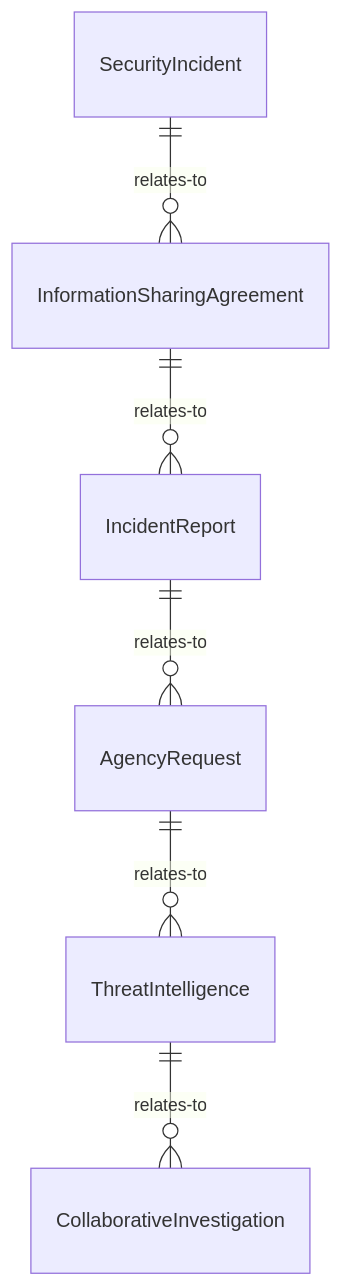
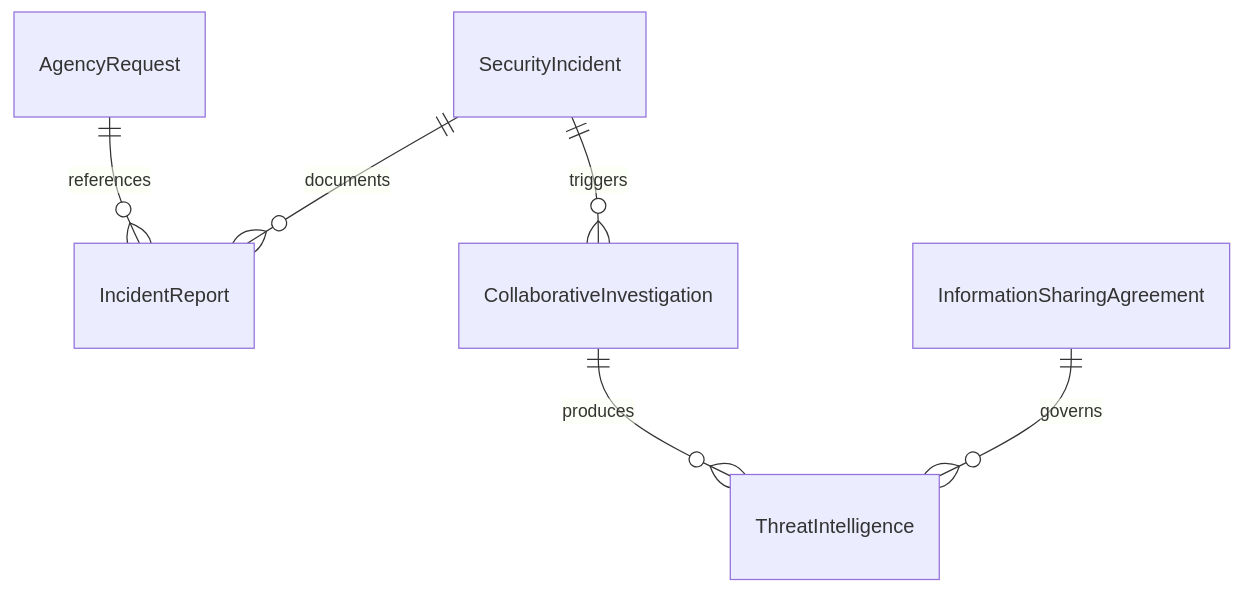
Before and after one commit to dot-org-ai/tasks.org.ai: the first of 4 diagrams in CommunicatingWithSupervisorsPeersOrSubordinates/CoordinateActivitiesWithClientsAgenciesOrOrganizations/CollaborateLawEnforcementSecurityAgencies.mdx, drawn with Mermaid. The commit also changed other lines of this file and 515 other files, not shown here.

````diff
--- a/CommunicatingWithSupervisorsPeersOrSubordinates/CoordinateActivitiesWithClientsAgenciesOrOrganizations/CollaborateLawEnforcementSecurityAgencies.mdx
+++ b/CommunicatingWithSupervisorsPeersOrSubordinates/CoordinateActivitiesWithClientsAgenciesOrOrganizations/CollaborateLawEnforcementSecurityAgencies.mdx
@@ -89,8 +89,8 @@
 ```mermaid
 erDiagram
-    SecurityIncident ||--o{ InformationSharingAgreement : relates-to
-    InformationSharingAgreement ||--o{ IncidentReport : relates-to
-    IncidentReport ||--o{ AgencyRequest : relates-to
-    AgencyRequest ||--o{ ThreatIntelligence : relates-to
-    ThreatIntelligence ||--o{ CollaborativeInvestigation : relates-to
+    SecurityIncident ||--o{ IncidentReport : documents
+    SecurityIncident ||--o{ CollaborativeInvestigation : triggers
+    InformationSharingAgreement ||--o{ ThreatIntelligence : governs
+    AgencyRequest ||--o{ IncidentReport : references
+    CollaborativeInvestigation ||--o{ ThreatIntelligence : produces
 ```
````
